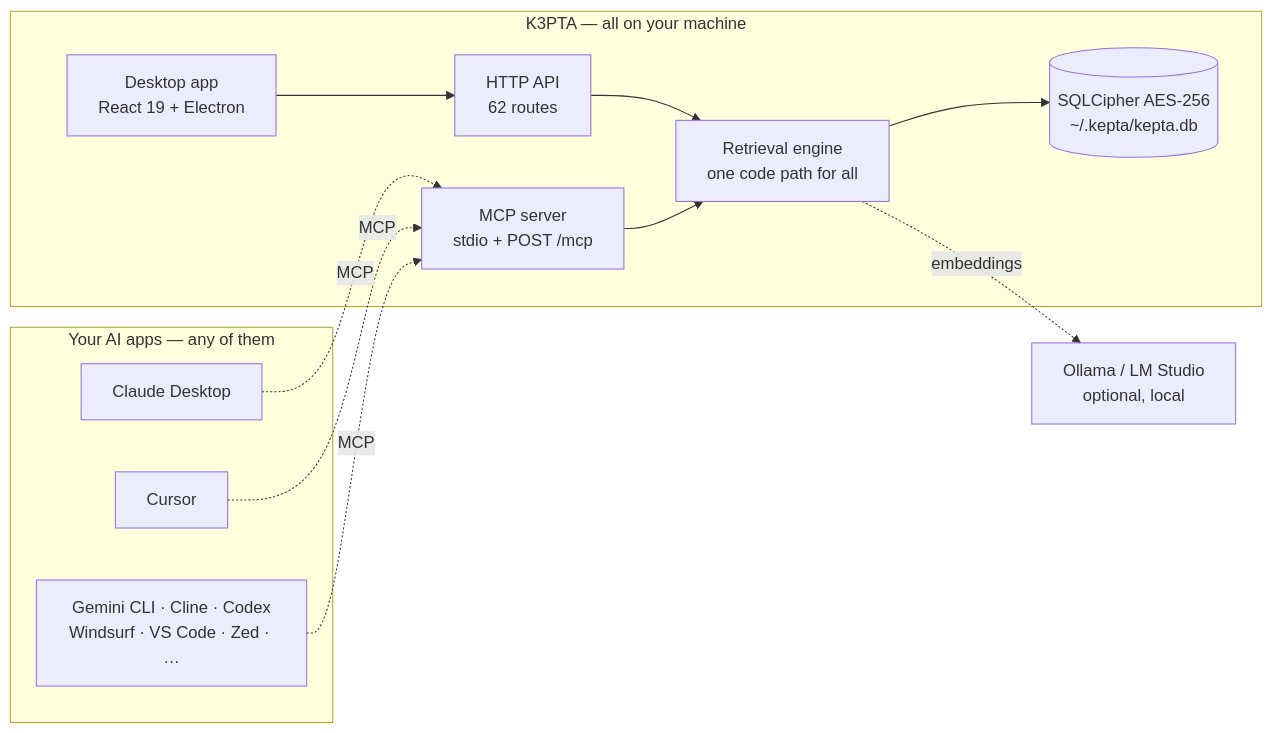
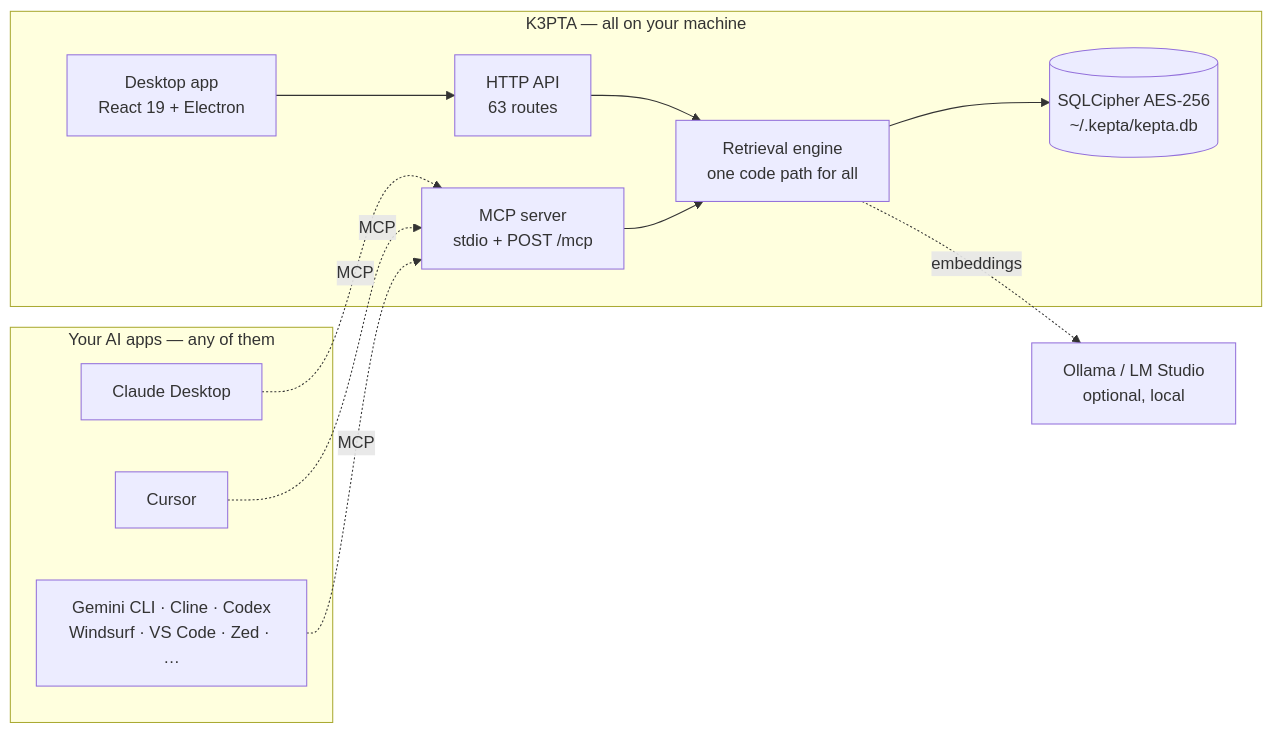
The first of 2 diagrams in README.md (DamianTodorovic/kepta), drawn with Mermaid before and after one commit. The commit also changed other lines of this file and 16 other files, not shown here.

````diff
--- a/README.md
+++ b/README.md
@@ -274,22 +274,22 @@
 ```mermaid
 flowchart LR
   subgraph Clients["Your AI apps — any of them"]
     CD["Claude Desktop"]
     CU["Cursor"]
     GM["Gemini CLI · Cline · Codex<br/>Windsurf · VS Code · Zed · …"]
   end
   subgraph App["K3PTA — all on your machine"]
     UI["Desktop app<br/>React 19 + Electron"]
-    SRV["HTTP API<br/>62 routes"]
+    SRV["HTTP API<br/>63 routes"]
     MCP["MCP server<br/>stdio + POST /mcp"]
     ENG["Retrieval engine<br/>one code path for all"]
     ST[("SQLCipher AES-256<br/>~/.kepta/kepta.db")]
   end
   OLL["Ollama / LM Studio<br/>optional, local"]
   CD & CU & GM -. MCP .-> MCP
   UI --> SRV
   SRV --> ENG
   MCP --> ENG
   ENG --> ST
   ENG -. embeddings .-> OLL
 ```
````
